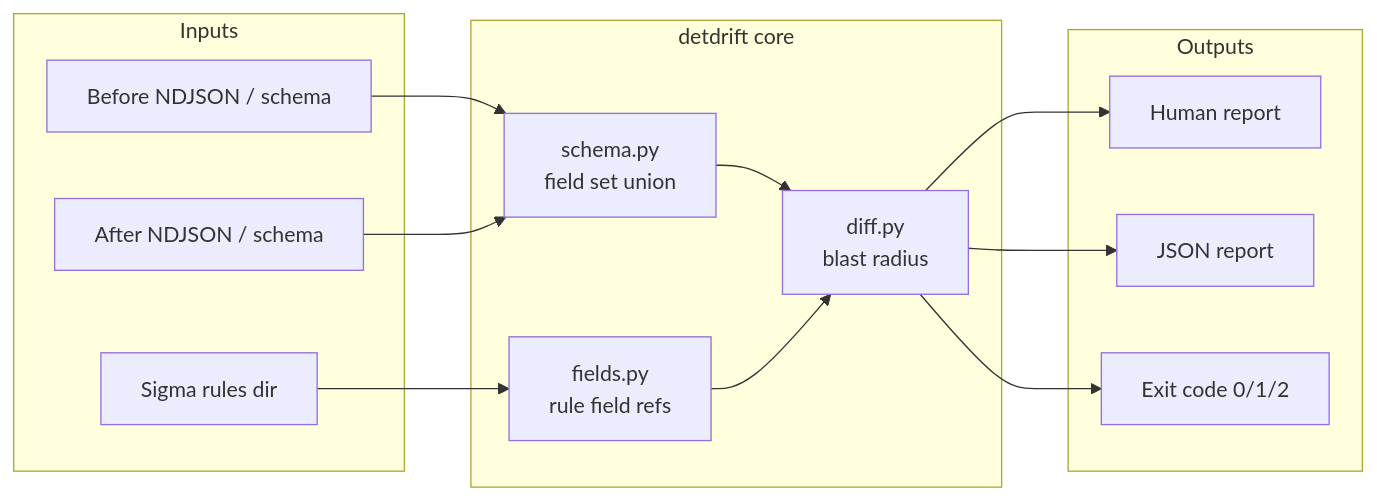
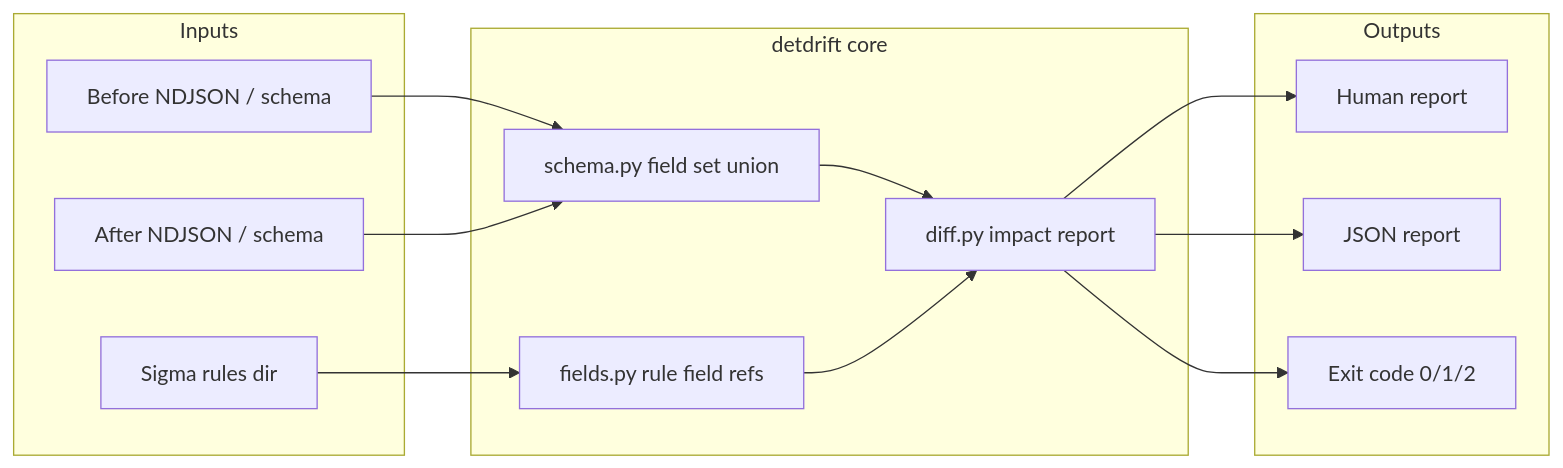
The diagram in ARCHITECTURE.md (chriswayneh/detdrift), drawn with Mermaid before and after one commit. The commit also changed other lines of this file and 9 other files, not shown here.

````diff
--- a/ARCHITECTURE.md
+++ b/ARCHITECTURE.md
@@ -21,29 +21,29 @@
 ```mermaid
 flowchart LR
   subgraph inputs [Inputs]
     B[Before NDJSON / schema]
     A[After NDJSON / schema]
     R[Sigma rules dir]
   end
 
   subgraph core [detdrift core]
-    S[schema.py\nfield set union]
-    F[fields.py\nrule field refs]
-    D[diff.py\nblast radius]
+    S[schema.py field set union]
+    F[fields.py rule field refs]
+    D[diff.py impact report]
   end
 
   subgraph outputs [Outputs]
     H[Human report]
     J[JSON report]
     E[Exit code 0/1/2]
   end
 
   B --> S
   A --> S
   R --> F
   S --> D
   F --> D
   D --> H
   D --> J
   D --> E
 ```
````
